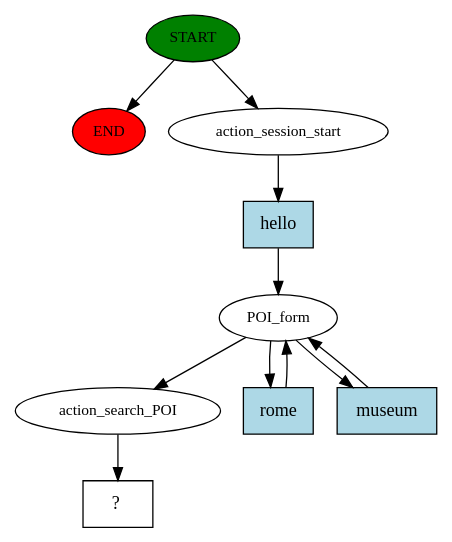
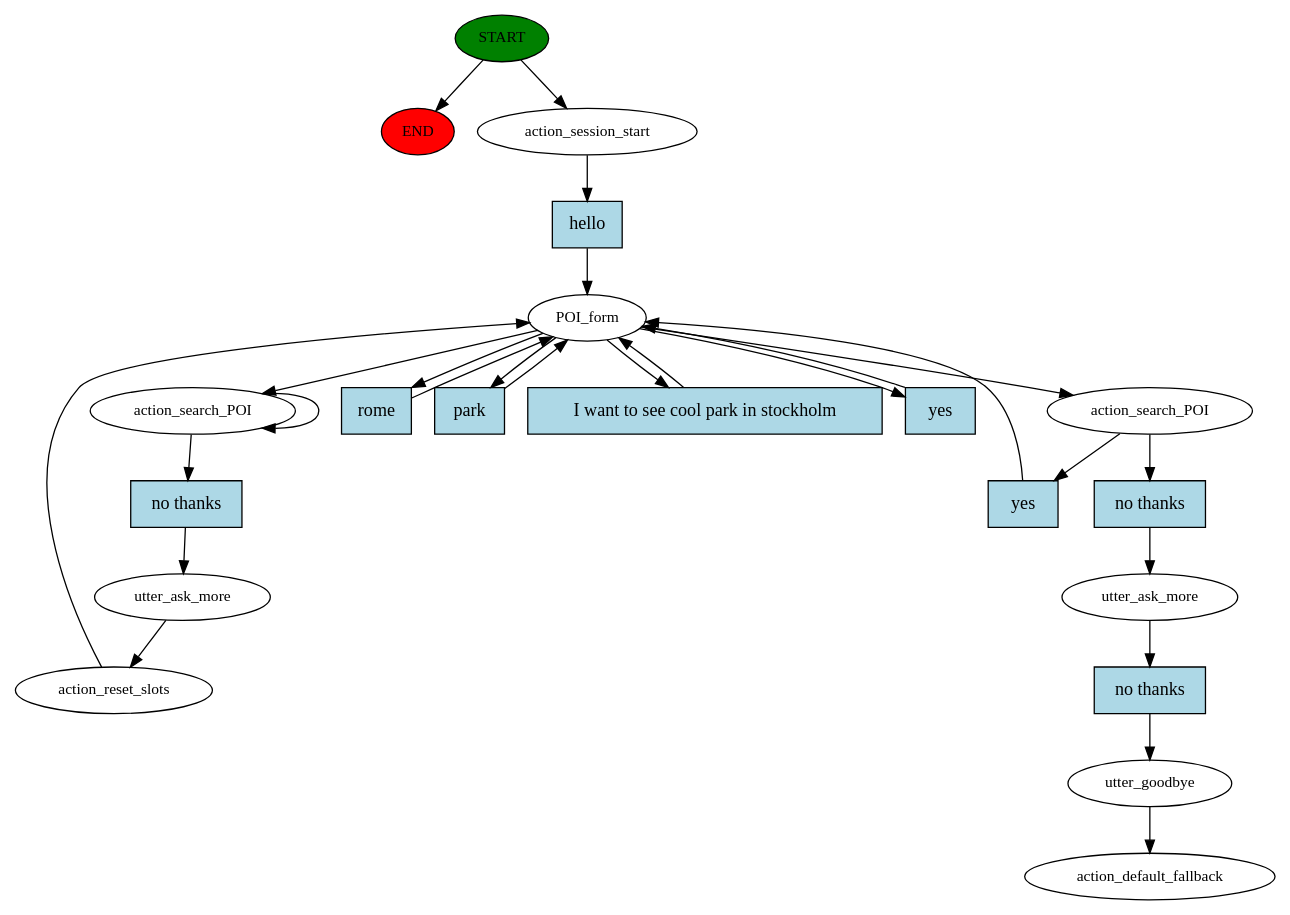
The diagram in story_graph.dot (paolocalderaro/DT2151_TravelBot_project), drawn with Graphviz before and after one commit. The commit also changed 21 other files, not shown here.

```diff
--- a/story_graph.dot
+++ b/story_graph.dot
@@ -1,21 +1,48 @@
 digraph  {
 0 [class="start active", fillcolor=green, fontsize=12, label=START, style=filled];
 "-1" [class=end, fillcolor=red, fontsize=12, label=END, style=filled];
 1 [class=active, fontsize=12, label=action_session_start];
 2 [class=active, fontsize=12, label=POI_form];
 5 [class=active, fontsize=12, label=action_search_POI];
-6 [class="intent dashed active", label="  ?  ", shape=rect];
-7 [class="intent active", fillcolor=lightblue, label=hello, shape=rect, style=filled];
-8 [class="intent active", fillcolor=lightblue, label=rome, shape=rect, style=filled];
-9 [class="intent active", fillcolor=lightblue, label=museum, shape=rect, style=filled];
+7 [class=active, fontsize=12, label=action_search_POI];
+9 [class=active, fontsize=12, label=utter_ask_more];
+10 [class=active, fontsize=12, label=action_reset_slots];
+16 [class=active, fontsize=12, label=utter_ask_more];
+17 [class=active, fontsize=12, label=utter_goodbye];
+18 [class="dashed active", fontsize=12, label=action_default_fallback];
+19 [class="intent active", fillcolor=lightblue, label=hello, shape=rect, style=filled];
+20 [class="intent active", fillcolor=lightblue, label=rome, shape=rect, style=filled];
+21 [class="intent active", fillcolor=lightblue, label=park, shape=rect, style=filled];
+22 [class="intent active", fillcolor=lightblue, label="I want to see cool park in stockholm", shape=rect, style=filled];
+23 [class="intent active", fillcolor=lightblue, label=yes, shape=rect, style=filled];
+24 [class="intent active", fillcolor=lightblue, label=yes, shape=rect, style=filled];
+25 [class="intent active", fillcolor=lightblue, label="no thanks", shape=rect, style=filled];
+26 [class="intent active", fillcolor=lightblue, label="no thanks", shape=rect, style=filled];
+27 [class="intent active", fillcolor=lightblue, label="no thanks", shape=rect, style=filled];
 0 -> "-1"  [class="", key=NONE, label=""];
 0 -> 1  [class=active, key=NONE, label=""];
-1 -> 7  [class=active, key=0];
+1 -> 19  [class=active, key=0];
 2 -> 5  [class=active, key=NONE, label=""];
-2 -> 8  [class=active, key=0];
-2 -> 9  [class=active, key=0];
-5 -> 6  [class=active, key=NONE, label=""];
-7 -> 2  [class=active, key=0];
-8 -> 2  [class=active, key=0];
-9 -> 2  [class=active, key=0];
+2 -> 7  [class=active, key=NONE, label=""];
+2 -> 20  [class=active, key=0];
+2 -> 21  [class=active, key=0];
+2 -> 22  [class=active, key=0];
+2 -> 23  [class=active, key=0];
+5 -> 24  [class=active, key=0];
+5 -> 25  [class=active, key=0];
+7 -> 7  [class=active, key=NONE, label=""];
+7 -> 26  [class=active, key=0];
+9 -> 10  [class=active, key=NONE, label=""];
+10 -> 2  [class=active, key=NONE, label=""];
+16 -> 27  [class=active, key=0];
+17 -> 18  [class=active, key=NONE, label=""];
+19 -> 2  [class=active, key=0];
+20 -> 2  [class=active, key=0];
+21 -> 2  [class=active, key=0];
+22 -> 2  [class=active, key=0];
+23 -> 2  [class=active, key=0];
+24 -> 2  [class=active, key=0];
+25 -> 16  [class=active, key=0];
+26 -> 9  [class=active, key=0];
+27 -> 17  [class=active, key=0];
 }
```
